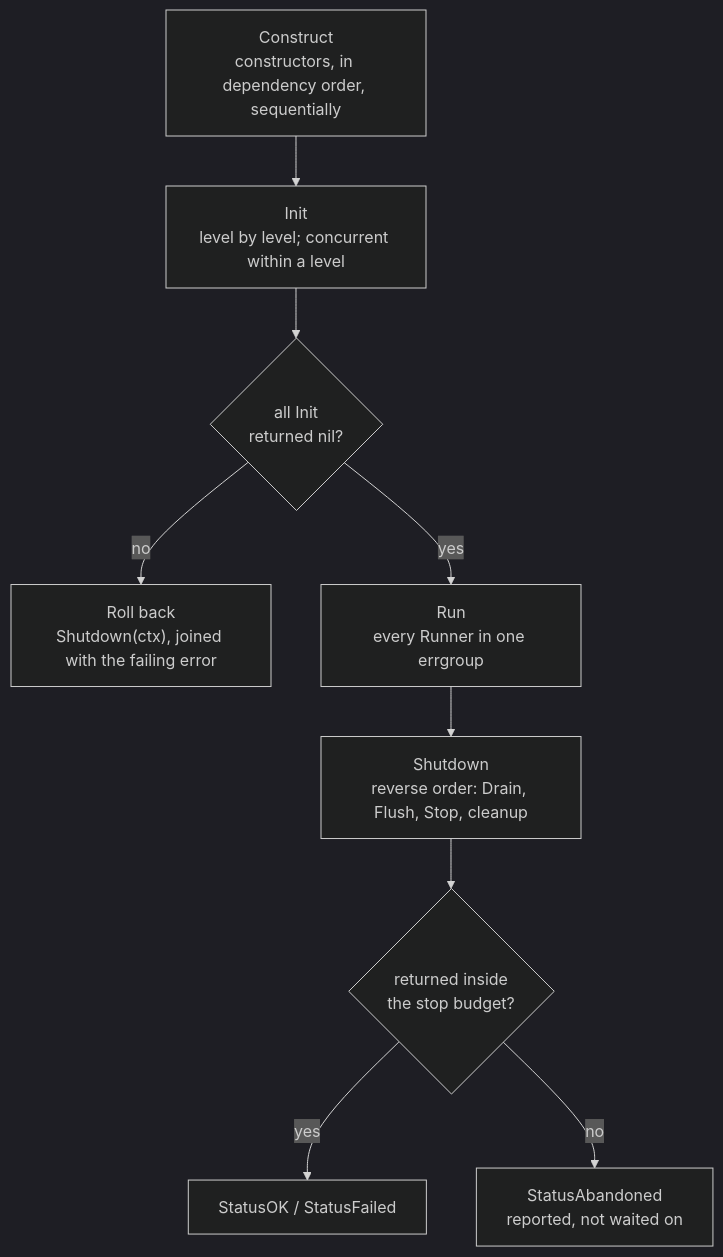
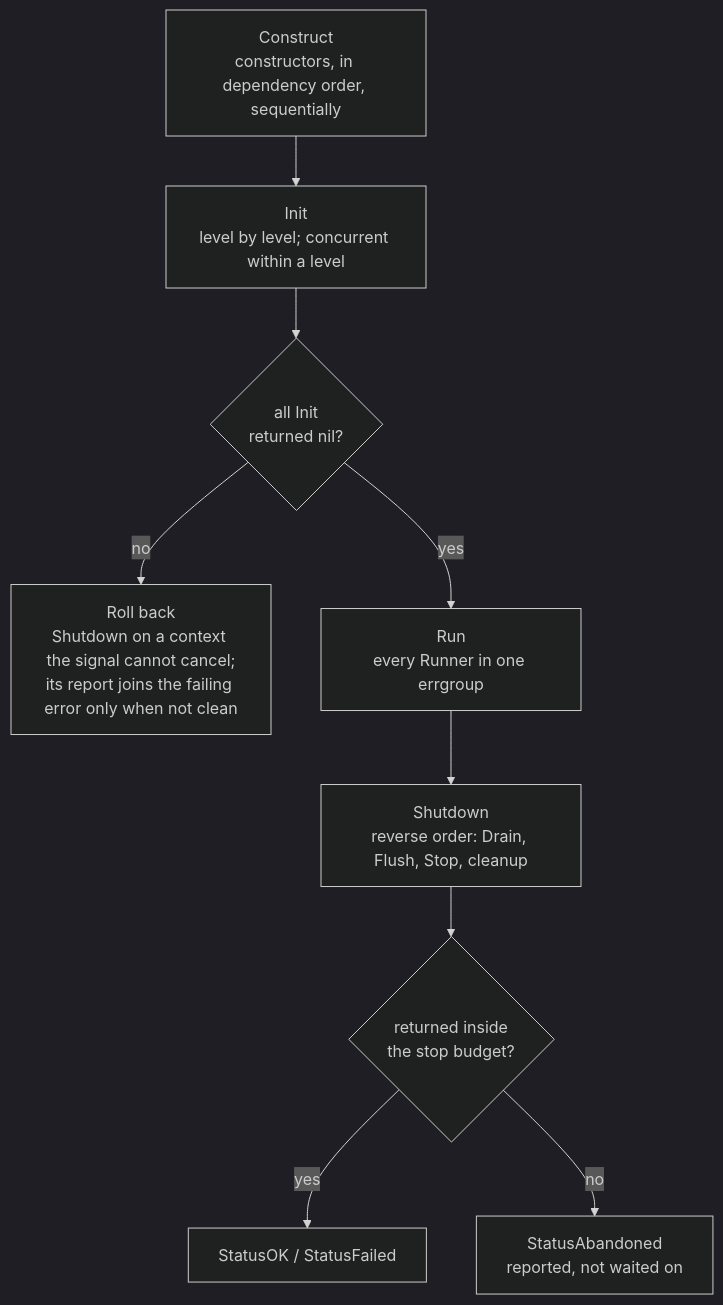
One commit to okian/servo changed the diagram in docs/reference/lifecycle.md. Above: the diagram before and after it, drawn with Mermaid (dark theme). The commit also changed other lines of this file and 79 other files, not shown here.

````diff
--- a/docs/reference/lifecycle.md
+++ b/docs/reference/lifecycle.md
@@ -46,18 +46,18 @@
 ```mermaid
 flowchart TD
     C["Construct<br/>constructors, in dependency order, sequentially"]
     I["Init<br/>level by level; concurrent within a level"]
     OK{"all Init<br/>returned nil?"}
-    RB["Roll back<br/>Shutdown(ctx), joined with the failing error"]
+    RB["Roll back<br/>Shutdown on a context the signal cannot cancel;<br/>its report joins the failing error only when not clean"]
     RUN["Run<br/>every Runner in one errgroup"]
     S["Shutdown<br/>reverse order: Drain, Flush, Stop, cleanup"]
     B{"returned inside<br/>the stop budget?"}
     DONE["StatusOK / StatusFailed"]
     AB["StatusAbandoned<br/>reported, not waited on"]
 
     C --> I --> OK
     OK -- no --> RB
     OK -- yes --> RUN --> S --> B
     B -- yes --> DONE
     B -- no --> AB
 ```
````
